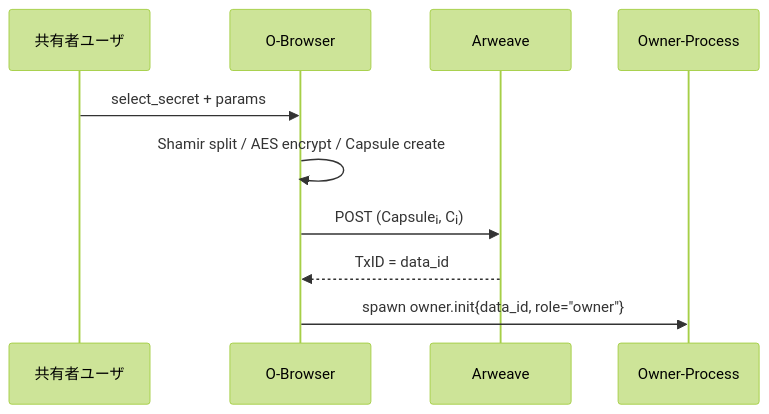
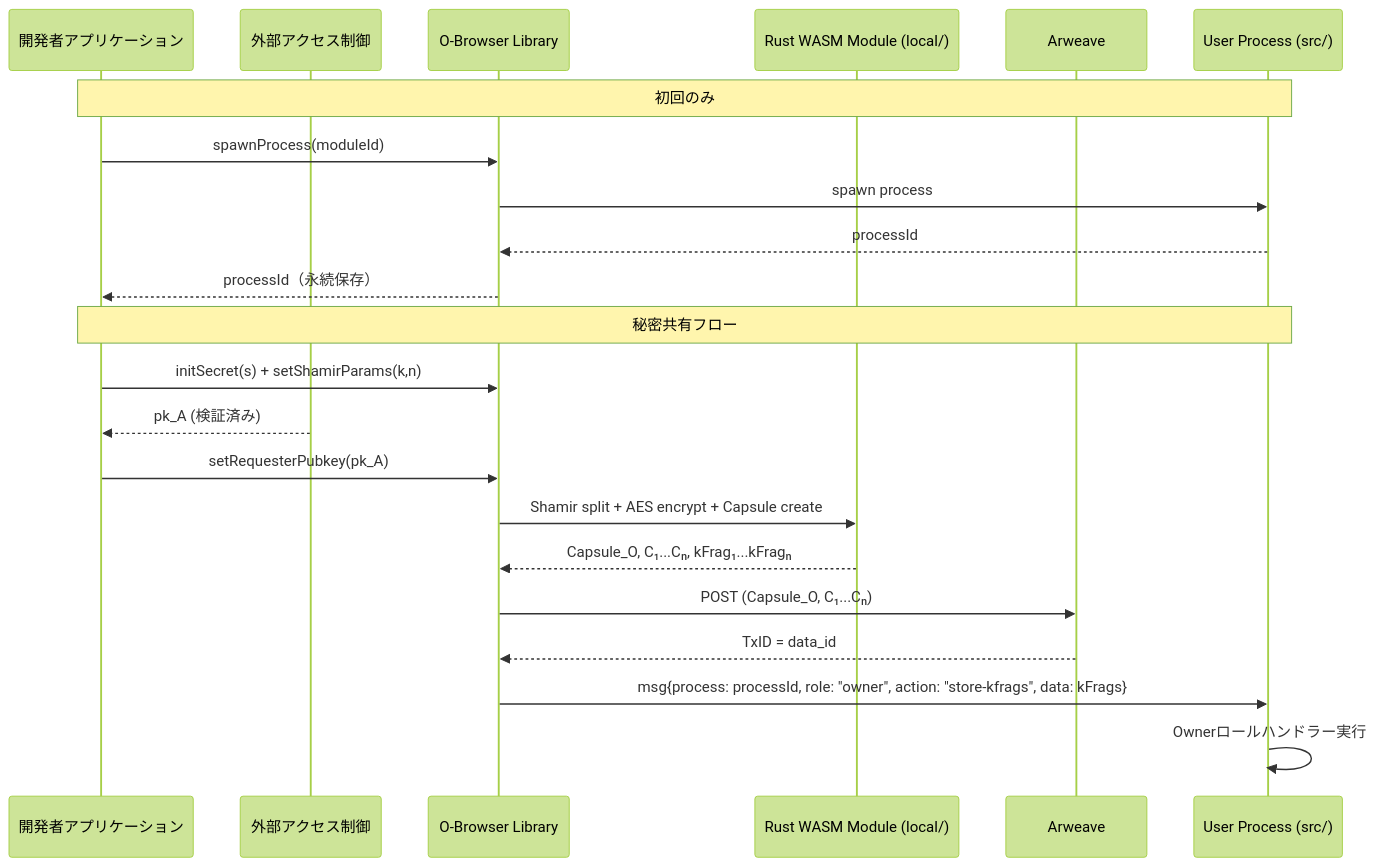
One commit to shodaimomiyama/D-TPRES changed the diagram in docs/features/O‑Browser.md. Above: the diagram before and after it, drawn with Mermaid (forest theme). The commit also changed other lines of this file and 9 other files, not shown here.

````diff
--- a/docs/features/O‑Browser.md
+++ b/docs/features/O‑Browser.md
@@ -53,13 +85,26 @@
 ```mermaid
 sequenceDiagram
-    participant Alice as 共有者ユーザ
-    participant OB as O-Browser
+    participant DEV as 開発者アプリケーション
+    participant EXT as 外部アクセス制御
+    participant OB as O-Browser Library
+    participant WASM as Rust WASM Module (local/)
     participant AR as Arweave
-    participant PO as Owner-Process
+    participant P as User Process (src/)
 
-    Alice->>OB: select_secret + params
-    OB->>OB: Shamir split / AES encrypt / Capsule create
-    OB->>AR: POST (Capsuleᵢ, Cᵢ)
+    Note over DEV,P: 初回のみ
+    DEV->>OB: spawnProcess(moduleId)
+    OB->>P: spawn process
+    P-->>OB: processId
+    OB-->>DEV: processId（永続保存）
+
+    Note over DEV,P: 秘密共有フロー
+    DEV->>OB: initSecret(s) + setShamirParams(k,n)
+    EXT-->>DEV: pk_A (検証済み)
+    DEV->>OB: setRequesterPubkey(pk_A)
+    OB->>WASM: Shamir split + AES encrypt + Capsule create
+    WASM-->>OB: Capsule_O, C₁...Cₙ, kFrag₁...kFragₙ
+    OB->>AR: POST (Capsule_O, C₁...Cₙ)
     AR-->>OB: TxID = data_id
-    OB->>PO: spawn owner.init{data_id, role="owner"}
+    OB->>P: msg{process: processId, role: "owner", action: "store-kfrags", data: kFrags}
+    P->>P: Ownerロールハンドラー実行
 ```
````
